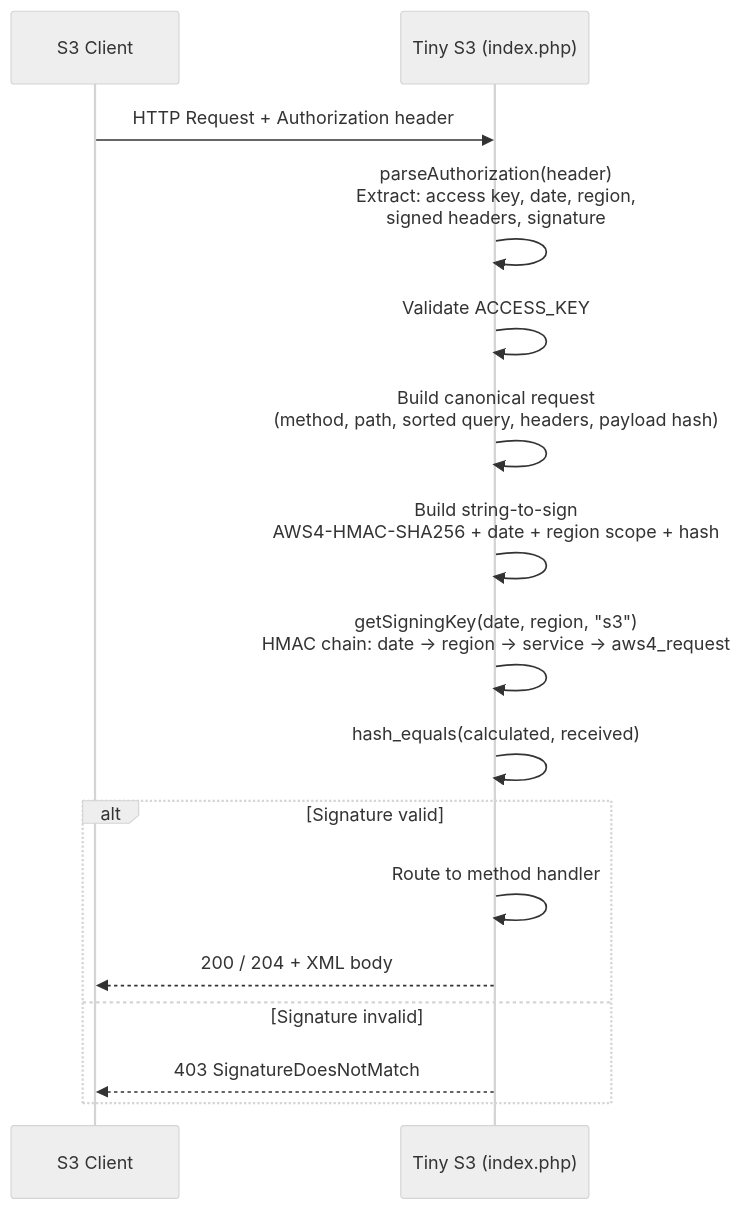
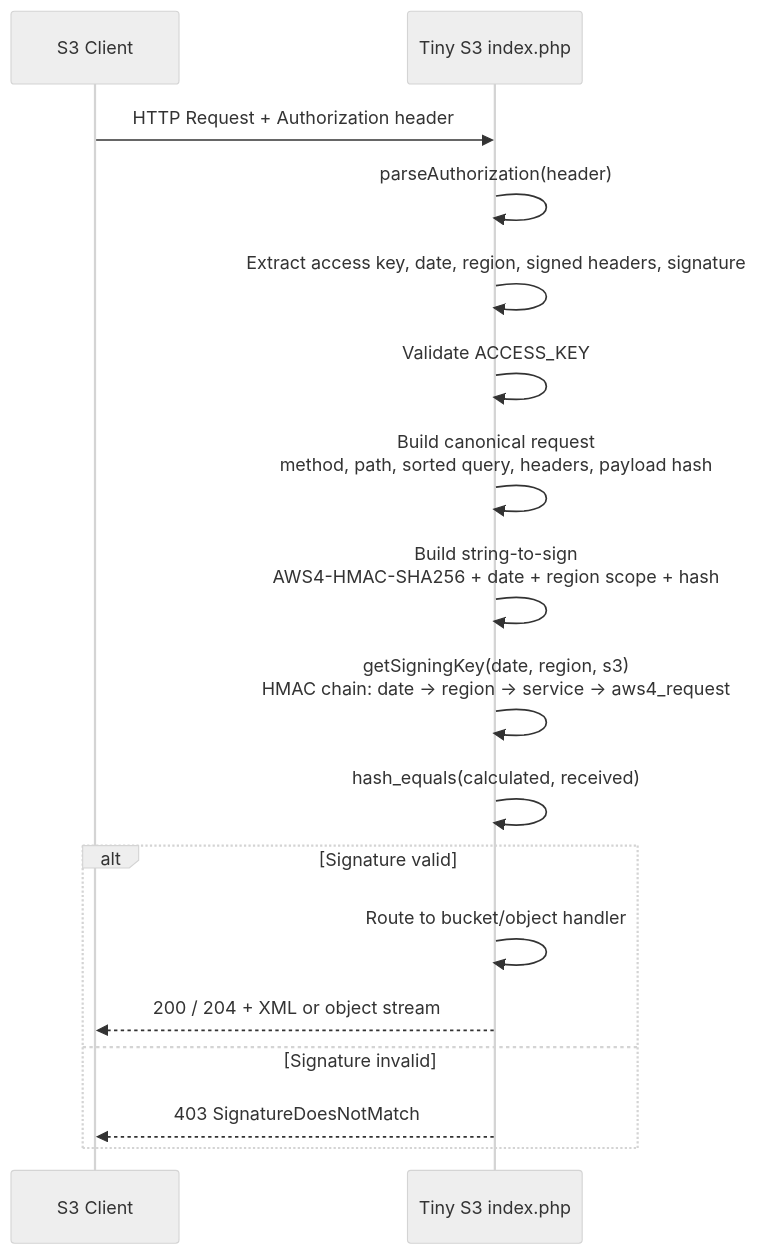
The second of 3 diagrams in README.md (franciscoernestoteixeira/tiny-s3), drawn with Mermaid (neutral theme) before and after one commit. The commit also changed other lines of this file and 11 other files, not shown here.

````diff
--- a/README.md
+++ b/README.md
@@ -50,26 +71,23 @@
 ```mermaid
 sequenceDiagram
     participant C as S3 Client
-    participant S as Tiny S3 (index.php)
+    participant S as Tiny S3 index.php
 
     C->>S: HTTP Request + Authorization header
 
-    S->>S: parseAuthorization(header)<br/>Extract: access key, date, region,<br/>signed headers, signature
-
+    S->>S: parseAuthorization(header)
+    S->>S: Extract access key, date, region, signed headers, signature
     S->>S: Validate ACCESS_KEY
 
-    S->>S: Build canonical request<br/>(method, path, sorted query, headers, payload hash)
-
+    S->>S: Build canonical request<br/>method, path, sorted query, headers, payload hash
     S->>S: Build string-to-sign<br/>AWS4-HMAC-SHA256 + date + region scope + hash
-
-    S->>S: getSigningKey(date, region, "s3")<br/>HMAC chain: date → region → service → aws4_request
-
+    S->>S: getSigningKey(date, region, s3)<br/>HMAC chain: date -> region -> service -> aws4_request
     S->>S: hash_equals(calculated, received)
 
     alt Signature valid
-        S->>S: Route to method handler
-        S-->>C: 200 / 204 + XML body
+        S->>S: Route to bucket/object handler
+        S-->>C: 200 / 204 + XML or object stream
     else Signature invalid
         S-->>C: 403 SignatureDoesNotMatch
     end
 ```
````
